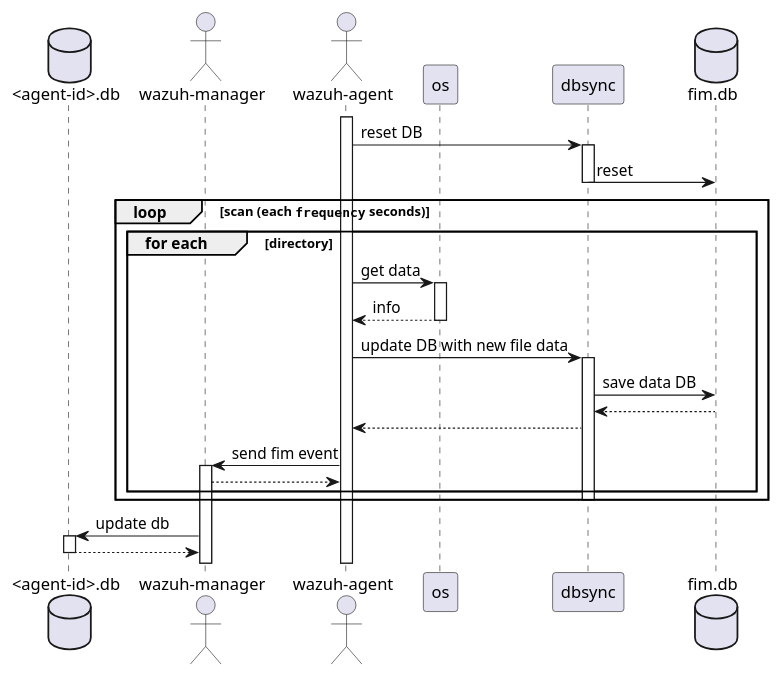
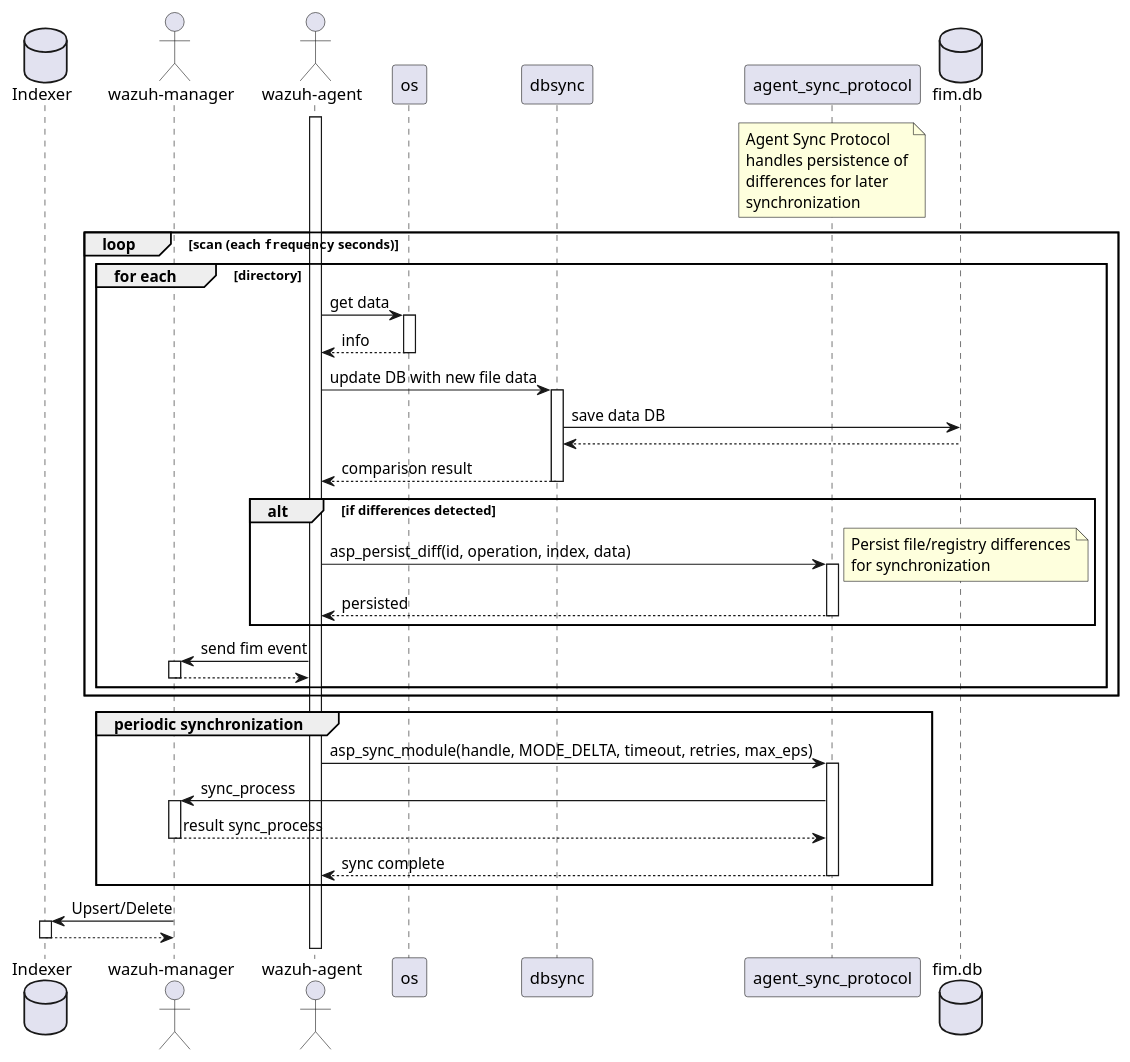
Before and after one commit to wazuh/wazuh: the diagram in architecture/FIM/db/sequence_diagram.puml, drawn with PlantUML. The commit also changed 5 other files, not shown here.

```diff
--- a/architecture/FIM/db/sequence_diagram.puml
+++ b/architecture/FIM/db/sequence_diagram.puml
@@ -5,30 +5,43 @@
 @startuml sequence_diagram_db_fim
-database "<agent-id>.db" as agent.db
+database "Indexer" as indexer
 actor "wazuh-manager" as manager
 actor "wazuh-agent" as fim
 participant os as os
 participant dbsync
+participant "agent_sync_protocol" as asp
 database fim.db as fdb
 
 activate fim
 
-fim -> dbsync ++: reset DB
-dbsync -> fdb -- : reset
-
+note over asp: Agent Sync Protocol\nhandles persistence of\ndifferences for later\nsynchronization
 
 loop scan (each ""frequency"" seconds)
     group for each [directory]
         fim -> os ++: get data
         fim <-- os --: info
         fim -> dbsync++ : update DB with new file data
         dbsync -> fdb : save data DB
         dbsync <-- fdb
-        fim <-- dbsync
+        fim <-- dbsync --: comparison result
+
+        alt if differences detected
+            fim -> asp ++: asp_persist_diff(id, operation, index, data)
+            note right: Persist file/registry differences\nfor synchronization
+            asp --> fim --: persisted
+        end
+
         manager <- fim ++: send fim event
-        manager --> fim
+        manager --> fim --
      end group
-        dbsync--
 end loop
-        agent.db <- manager++: update db
-        agent.db --> manager --
+
+group periodic synchronization
+    fim -> asp ++: asp_sync_module(handle, MODE_DELTA, timeout, retries, max_eps)
+    asp -> manager ++: sync_process
+    asp <-- manager --: result sync_process
+    asp --> fim --: sync complete
+end
+
+indexer <- manager++: Upsert/Delete
+indexer --> manager --
 @enduml
```
